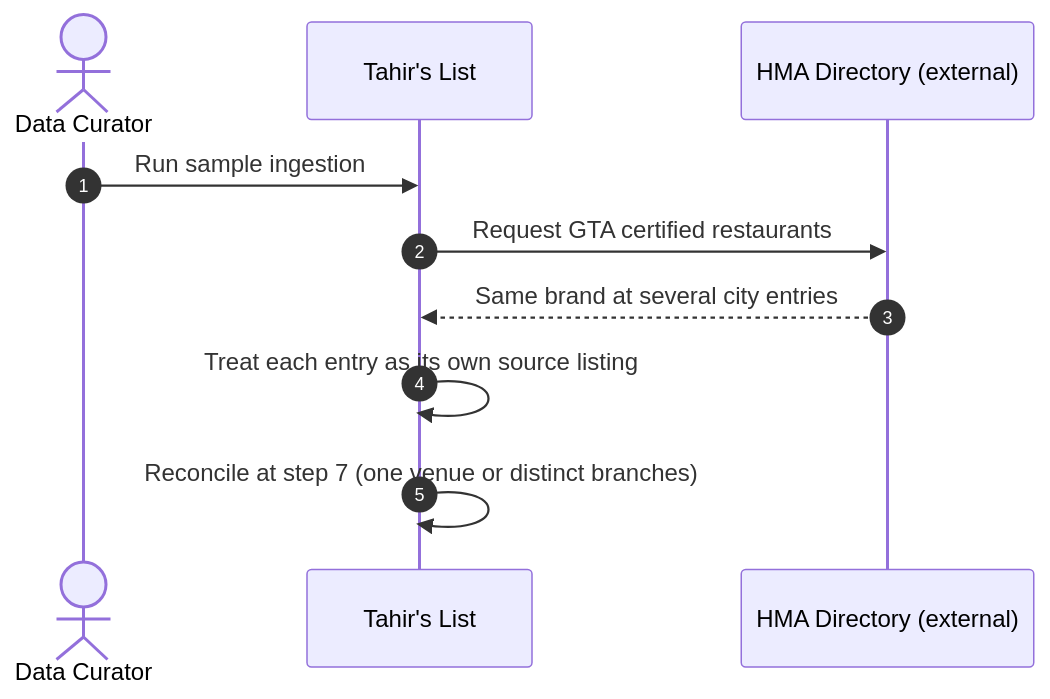
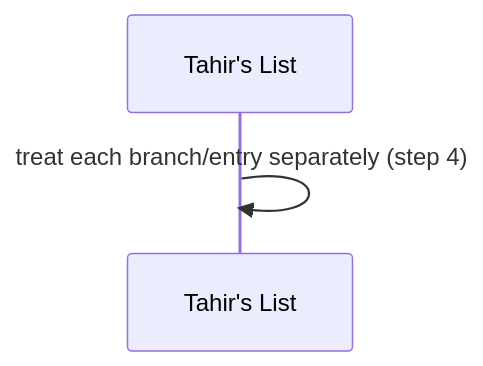
One commit to Losers-Lab/tahirs-list changed the second of 10 diagrams in docs/features/SC-211/04-blackbox/UC-01-run-sample-directory-ingestion.md. Above: the diagram before and after it, drawn with Mermaid. The commit also changed other lines of this file and 14 other files, not shown here.

Commit message:
[SC-211] Retrofit design to diagram-first format

````diff
--- a/docs/features/SC-211/04-blackbox/UC-01-run-sample-directory-ingestion.md
+++ b/docs/features/SC-211/04-blackbox/UC-01-run-sample-directory-ingestion.md
@@ -43,12 +30,5 @@
 ```mermaid
 sequenceDiagram
-  autonumber
-  actor DC as Data Curator
   participant TL as Tahir's List
-  participant HMA as HMA Directory (external)
-  DC->>TL: Run sample ingestion
-  TL->>HMA: Request GTA certified restaurants
-  HMA-->>TL: Same brand at several city entries
-  TL->>TL: Treat each entry as its own source listing
-  TL->>TL: Reconcile at step 7 (one venue or distinct branches)
+  TL->>TL: treat each branch/entry separately (step 4)
 ```
````
